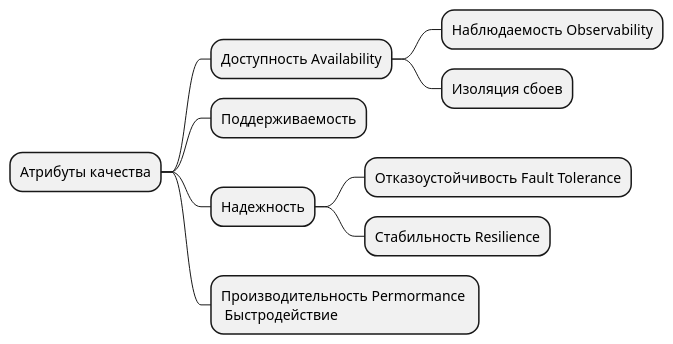
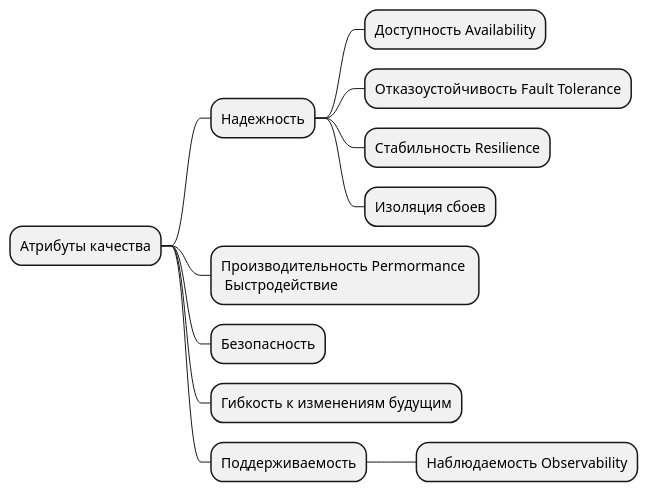
The second of 2 diagrams in arch/arch.puml (daemon110282/daemon110282.github.io), drawn with PlantUML before and after one commit. The commit also changed other lines of this file and 15 other files, not shown here.

```diff
--- a/arch/arch.puml
+++ b/arch/arch.puml
@@ -12,13 +13,16 @@
-@startmindmap (id=arch.ability)
+@startmindmap (id=ability)
 
 * Атрибуты качества
-	* Доступность Availability
-		* Наблюдаемость Observability
-		* Изоляция сбоев
-	* Поддерживаемость
 	* Надежность
+		* Доступность Availability
 		* Отказоустойчивость Fault Tolerance
 		* Стабильность Resilience
+		* Изоляция сбоев
 	* Производительность Permormance \n Быстродействие
+	* Безопасность
+	* Гибкость к изменениям будущим
+	* Поддерживаемость
+		* Наблюдаемость Observability
+
 
 @endmindmap
```
